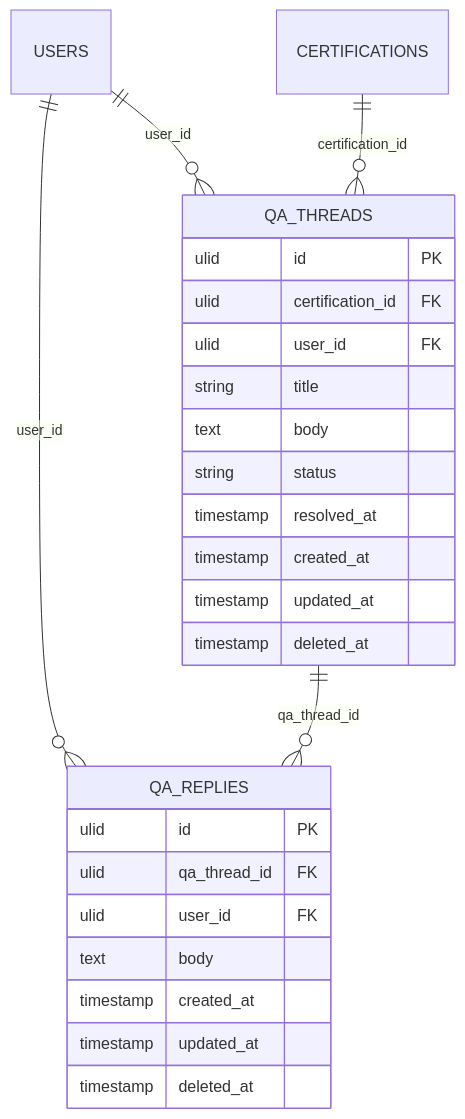
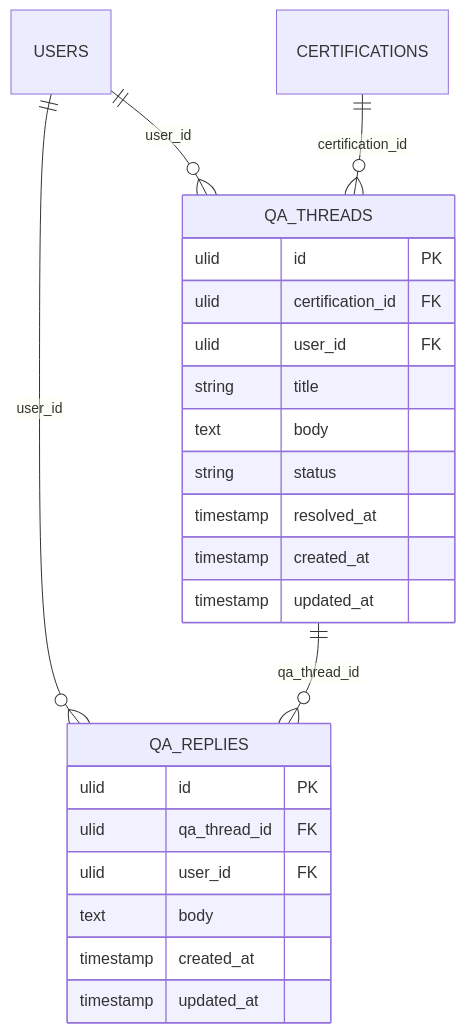
The fourth of 5 diagrams in docs/specs/qa-board/design.md (coachtech-mockcase-second/ExampleAnswer-mockcase-CertifyLMS), drawn with Mermaid before and after one commit. The commit also changed other lines of this file and 202 other files, not shown here.

````diff
--- a/docs/specs/qa-board/design.md
+++ b/docs/specs/qa-board/design.md
@@ -82,29 +82,27 @@
 ```mermaid
 erDiagram
     USERS ||--o{ QA_THREADS : "user_id"
     USERS ||--o{ QA_REPLIES : "user_id"
     CERTIFICATIONS ||--o{ QA_THREADS : "certification_id"
     QA_THREADS ||--o{ QA_REPLIES : "qa_thread_id"
 
     QA_THREADS {
         ulid id PK
         ulid certification_id FK
         ulid user_id FK
         string title
         text body
         string status
         timestamp resolved_at
         timestamp created_at
         timestamp updated_at
-        timestamp deleted_at
     }
     QA_REPLIES {
         ulid id PK
         ulid qa_thread_id FK
         ulid user_id FK
         text body
         timestamp created_at
         timestamp updated_at
-        timestamp deleted_at
     }
 ```
````
